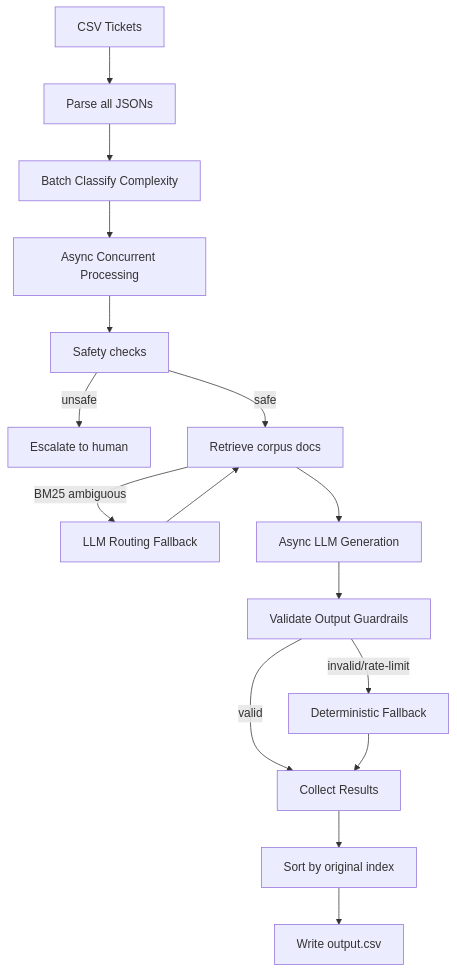
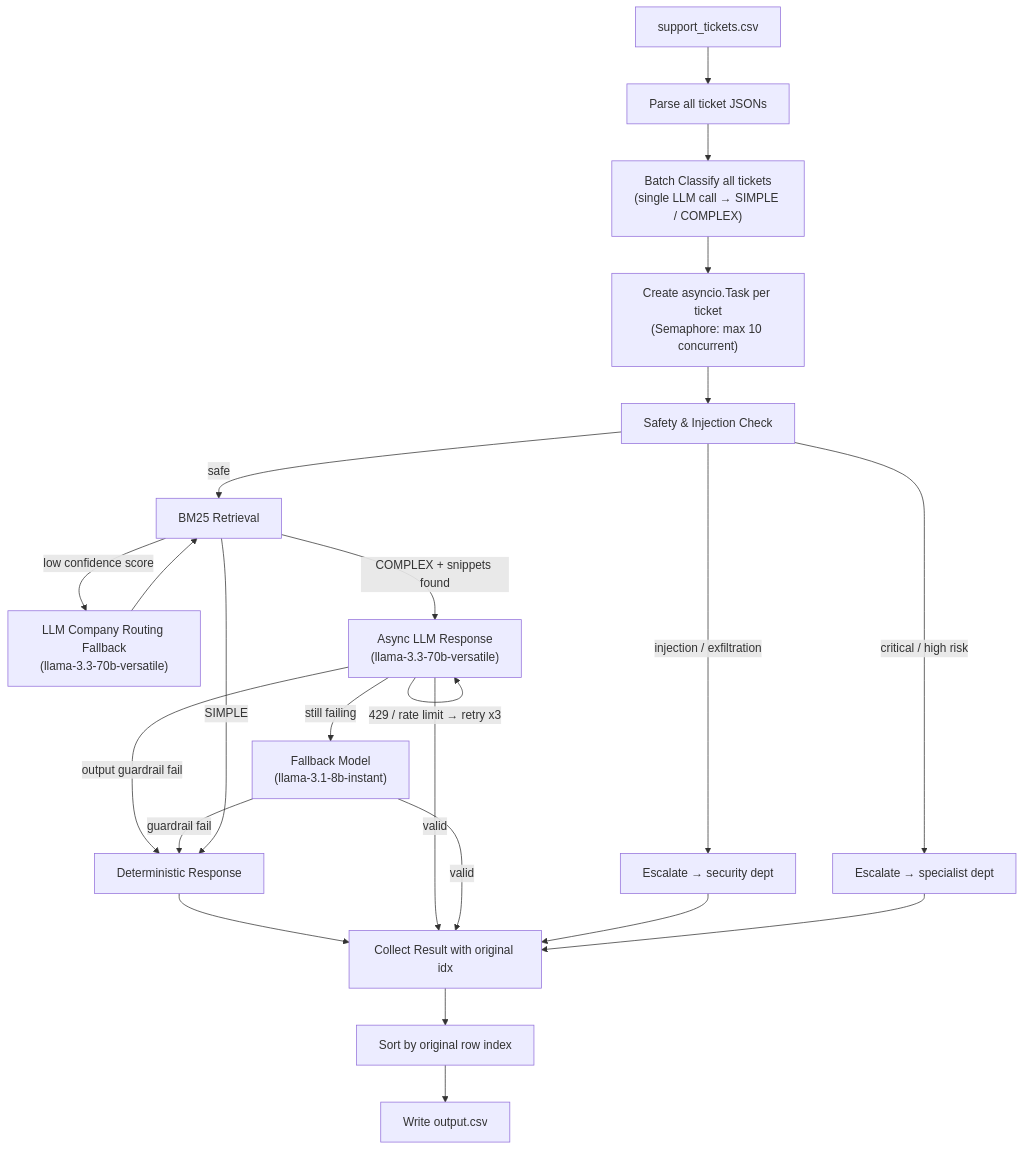
Before and after one commit to DishaGarg-16/support_agent: the diagram in code/ARCHITECTURE.md, drawn with Mermaid. The commit also changed other lines of this file and 1 other file, not shown here.

Commit message:
updating the architecture and readme docs

````diff
--- a/code/ARCHITECTURE.md
+++ b/code/ARCHITECTURE.md
@@ -17,18 +17,25 @@
 ```mermaid
 flowchart TD
-    A[CSV Tickets] --> B[Parse all JSONs]
-    B --> C[Batch Classify Complexity]
-    C --> D[Async Concurrent Processing]
-    D --> E[Safety checks]
-    E -->|unsafe| F[Escalate to human]
-    E -->|safe| G[Retrieve corpus docs]
-    G -->|BM25 ambiguous| G2[LLM Routing Fallback]
+    A[support_tickets.csv] --> B[Parse all ticket JSONs]
+    B --> C["Batch Classify all tickets\n(single LLM call → SIMPLE / COMPLEX)"]
+    C --> D["Create asyncio.Task per ticket\n(Semaphore: max 10 concurrent)"]
+    D --> E[Safety & Injection Check]
+    E -->|"injection / exfiltration"| F[Escalate → security dept]
+    E -->|"critical / high risk"| F2[Escalate → specialist dept]
+    E -->|safe| G[BM25 Retrieval]
+    G -->|"low confidence score"| G2["LLM Company Routing Fallback\n(llama-3.3-70b-versatile)"]
     G2 --> G
-    G --> H[Async LLM Generation]
-    H --> I[Validate Output Guardrails]
-    I -->|invalid/rate-limit| I2[Deterministic Fallback]
-    I -->|valid| J[Collect Results]
-    I2 --> J
-    J --> K[Sort by original index]
+    G -->|"COMPLEX + snippets found"| H["Async LLM Response\n(llama-3.3-70b-versatile)"]
+    H -->|"429 / rate limit → retry x3"| H
+    H -->|"still failing"| HF["Fallback Model\n(llama-3.1-8b-instant)"]
+    H -->|"output guardrail fail"| HD[Deterministic Response]
+    HF -->|"guardrail fail"| HD
+    G -->|SIMPLE| HD
+    HD --> J[Collect Result with original idx]
+    H -->|valid| J
+    HF -->|valid| J
+    F --> J
+    F2 --> J
+    J --> K[Sort by original row index]
     K --> L[Write output.csv]
 ```
````
